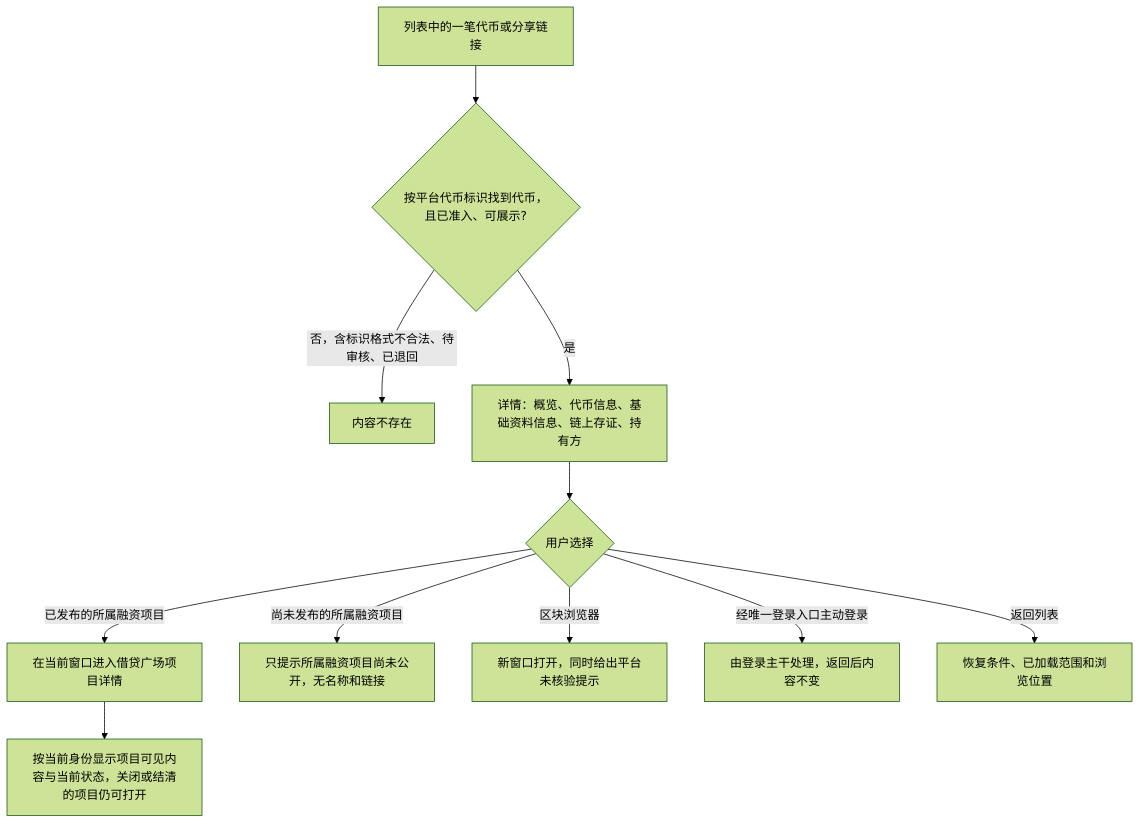
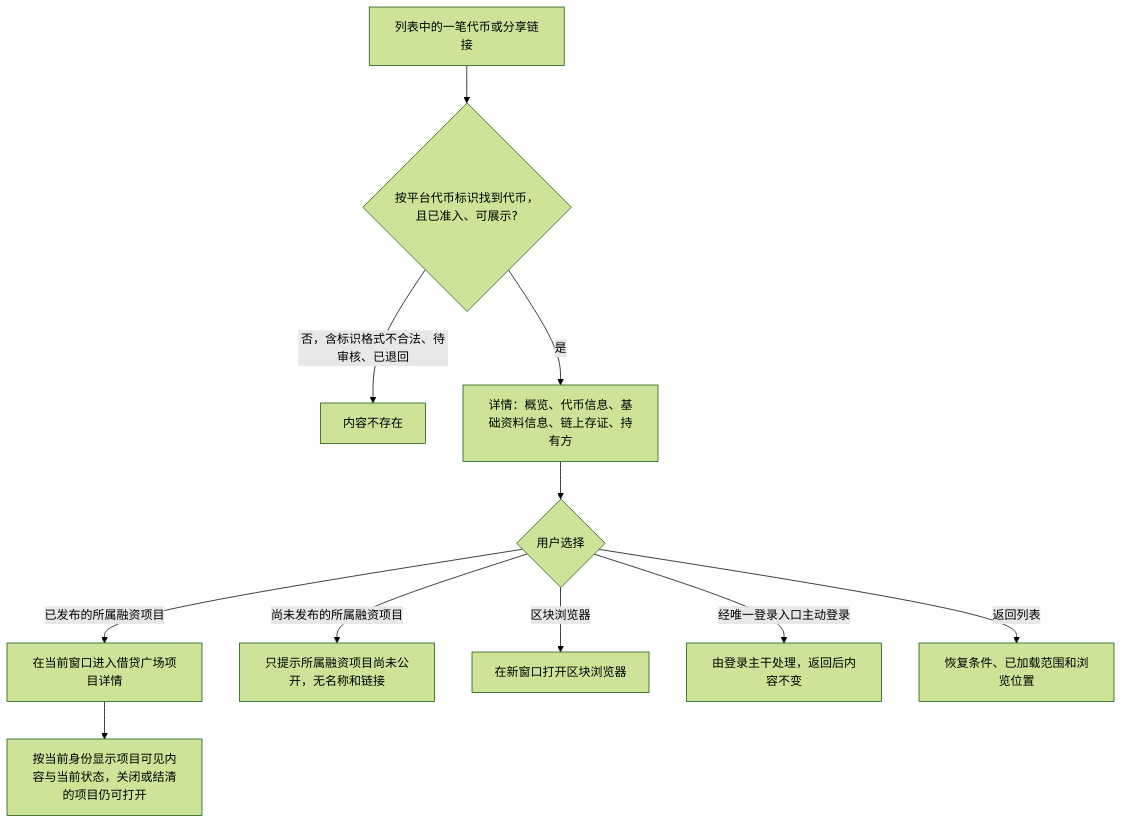
One commit to wxblockchain/Chain-Financing changed the second of 6 diagrams in lending-platform/PRD/面客端/04-资产广场-已上架代币只读域/02-资产广场-流程图与状态机.md. Above: the diagram before and after it, drawn with Mermaid (forest theme). The commit also changed other lines of this file and 9 other files, not shown here.

````diff
--- a/lending-platform/PRD/面客端/04-资产广场-已上架代币只读域/02-资产广场-流程图与状态机.md
+++ b/lending-platform/PRD/面客端/04-资产广场-已上架代币只读域/02-资产广场-流程图与状态机.md
@@ -42,13 +42,13 @@
 ```mermaid
 flowchart TD
   A[列表中的一笔代币或分享链接] --> B{按平台代币标识找到代币，且已准入、可展示?}
   B -->|否，含标识格式不合法、待审核、已退回| C[内容不存在]
   B -->|是| D[详情：概览、代币信息、基础资料信息、链上存证、持有方]
   D --> E{用户选择}
   E -->|已发布的所属融资项目| F[在当前窗口进入借贷广场项目详情]
   F --> G[按当前身份显示项目可见内容与当前状态，关闭或结清的项目仍可打开]
   E -->|尚未发布的所属融资项目| H[只提示所属融资项目尚未公开，无名称和链接]
-  E -->|区块浏览器| I[新窗口打开，同时给出平台未核验提示]
+  E -->|区块浏览器| I[在新窗口打开区块浏览器]
   E -->|经唯一登录入口主动登录| J[由登录主干处理，返回后内容不变]
   E -->|返回列表| K[恢复条件、已加载范围和浏览位置]
 ```
````
